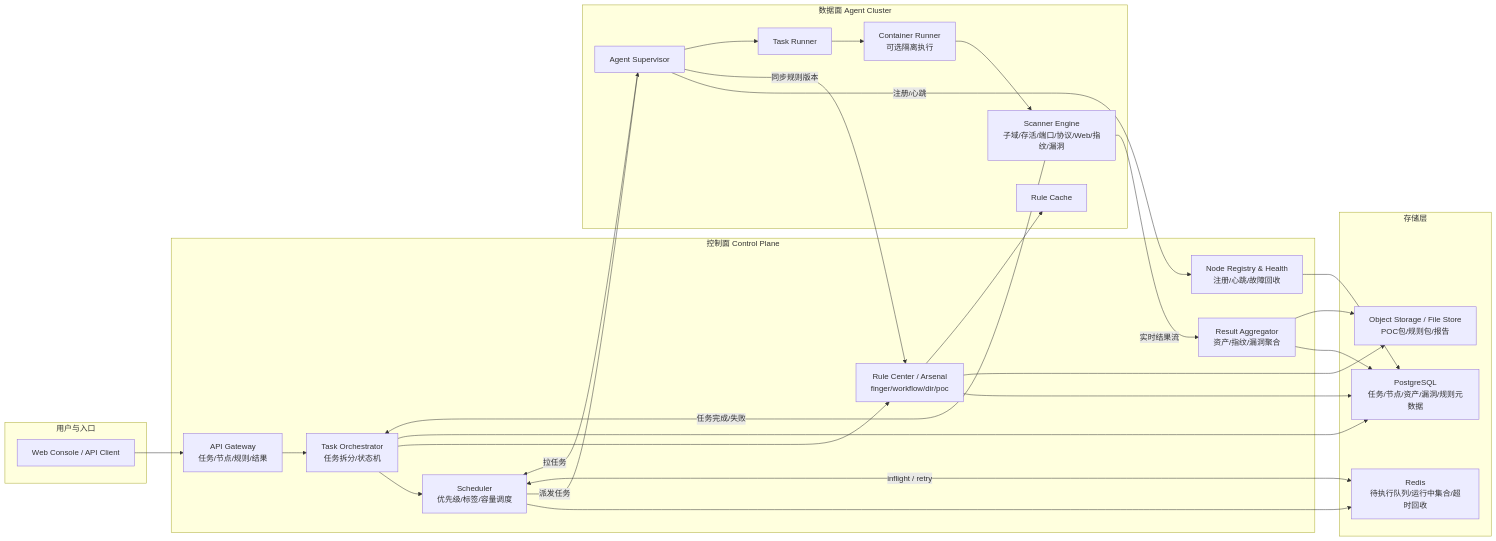
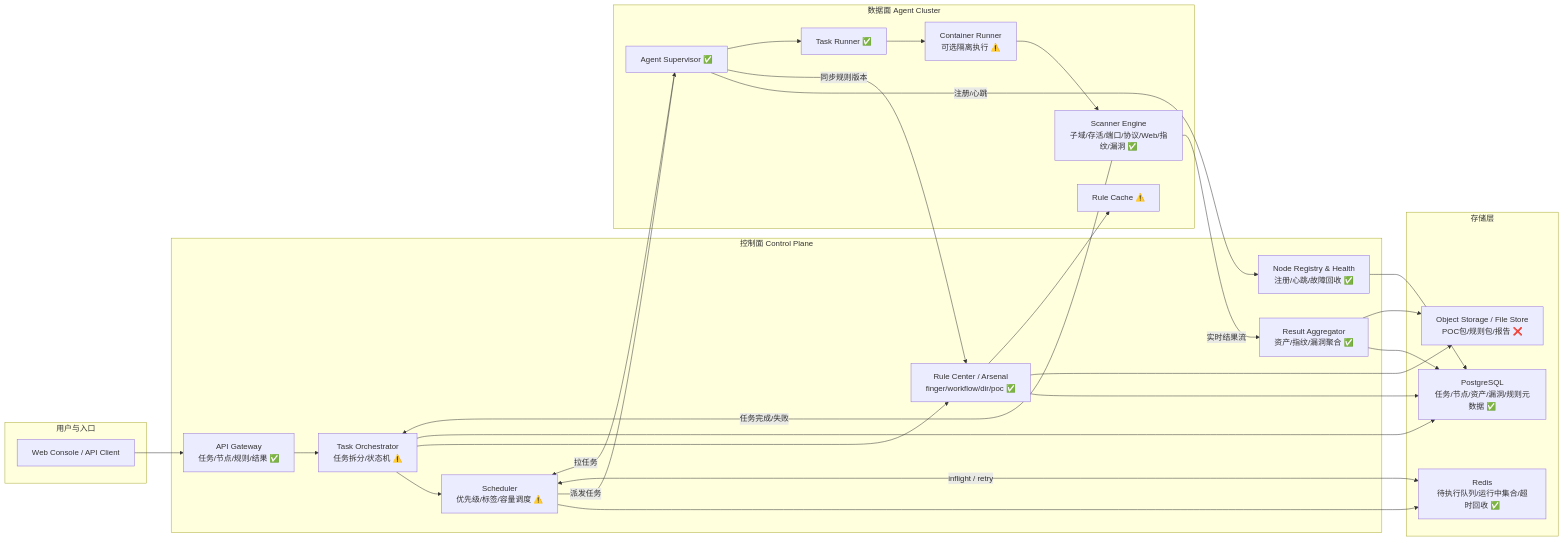
Before and after one commit to TokEat/argus: the first of 2 diagrams in docs/distributed-scan-architecture.md, drawn with Mermaid. The commit also changed other lines of this file and 23 other files, not shown here.

````diff
--- a/docs/distributed-scan-architecture.md
+++ b/docs/distributed-scan-architecture.md
@@ -152,53 +159,53 @@
 ```mermaid
 flowchart LR
     subgraph U["用户与入口"]
         UI["Web Console / API Client"]
     end
 
     subgraph CP["控制面 Control Plane"]
-        API["API Gateway\n任务/节点/规则/结果"]
-        ORCH["Task Orchestrator\n任务拆分/状态机"]
-        SCH["Scheduler\n优先级/标签/容量调度"]
-        NODE["Node Registry & Health\n注册/心跳/故障回收"]
-        RULE["Rule Center / Arsenal\nfinger/workflow/dir/poc"]
-        AGG["Result Aggregator\n资产/指纹/漏洞聚合"]
+        API["API Gateway\n任务/节点/规则/结果 ✅"]
+        ORCH["Task Orchestrator\n任务拆分/状态机 ⚠️"]
+        SCH["Scheduler\n优先级/标签/容量调度 ⚠️"]
+        NODE["Node Registry & Health\n注册/心跳/故障回收 ✅"]
+        RULE["Rule Center / Arsenal\nfinger/workflow/dir/poc ✅"]
+        AGG["Result Aggregator\n资产/指纹/漏洞聚合 ✅"]
     end
 
     subgraph ST["存储层"]
-        PG["PostgreSQL\n任务/节点/资产/漏洞/规则元数据"]
-        RQ["Redis\n待执行队列/运行中集合/超时回收"]
-        OBJ["Object Storage / File Store\nPOC包/规则包/报告"]
+        PG["PostgreSQL\n任务/节点/资产/漏洞/规则元数据 ✅"]
+        RQ["Redis\n待执行队列/运行中集合/超时回收 ✅"]
+        OBJ["Object Storage / File Store\nPOC包/规则包/报告 ❌"]
     end
 
     subgraph DP["数据面 Agent Cluster"]
-        A1["Agent Supervisor"]
-        A2["Task Runner"]
-        A3["Scanner Engine\n子域/存活/端口/协议/Web/指纹/漏洞"]
-        A4["Rule Cache"]
-        A5["Container Runner\n可选隔离执行"]
+        A1["Agent Supervisor ✅"]
+        A2["Task Runner ✅"]
+        A3["Scanner Engine\n子域/存活/端口/协议/Web/指纹/漏洞 ✅"]
+        A4["Rule Cache ⚠️"]
+        A5["Container Runner\n可选隔离执行 ⚠️"]
     end
 
     UI --> API
     API --> ORCH
     ORCH --> SCH
     ORCH --> RULE
     ORCH --> PG
     SCH --> RQ
     NODE --> PG
     RULE --> PG
     RULE --> OBJ
     AGG --> PG
     AGG --> OBJ
 
     A1 -->|注册/心跳| NODE
     A1 -->|拉任务| SCH
     SCH -->|派发任务| A1
     A1 -->|同步规则版本| RULE
     RULE --> A4
     A1 --> A2
     A2 --> A5
     A5 --> A3
     A3 -->|实时结果流| AGG
     A3 -->|任务完成/失败| ORCH
     RQ <-->|inflight / retry| SCH
 ```
````
